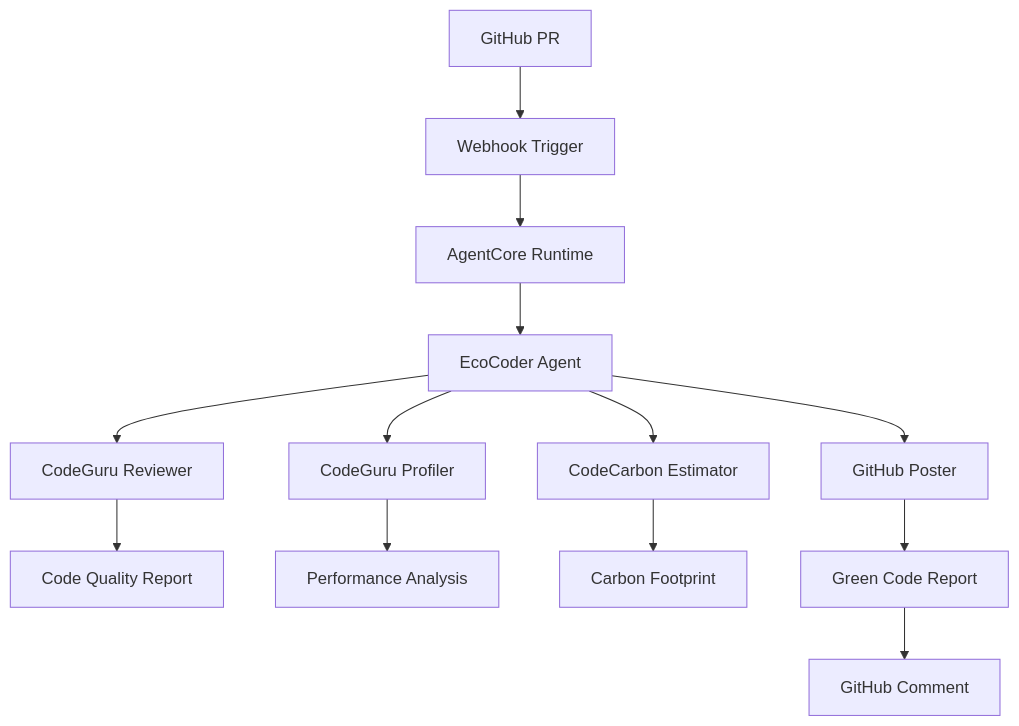
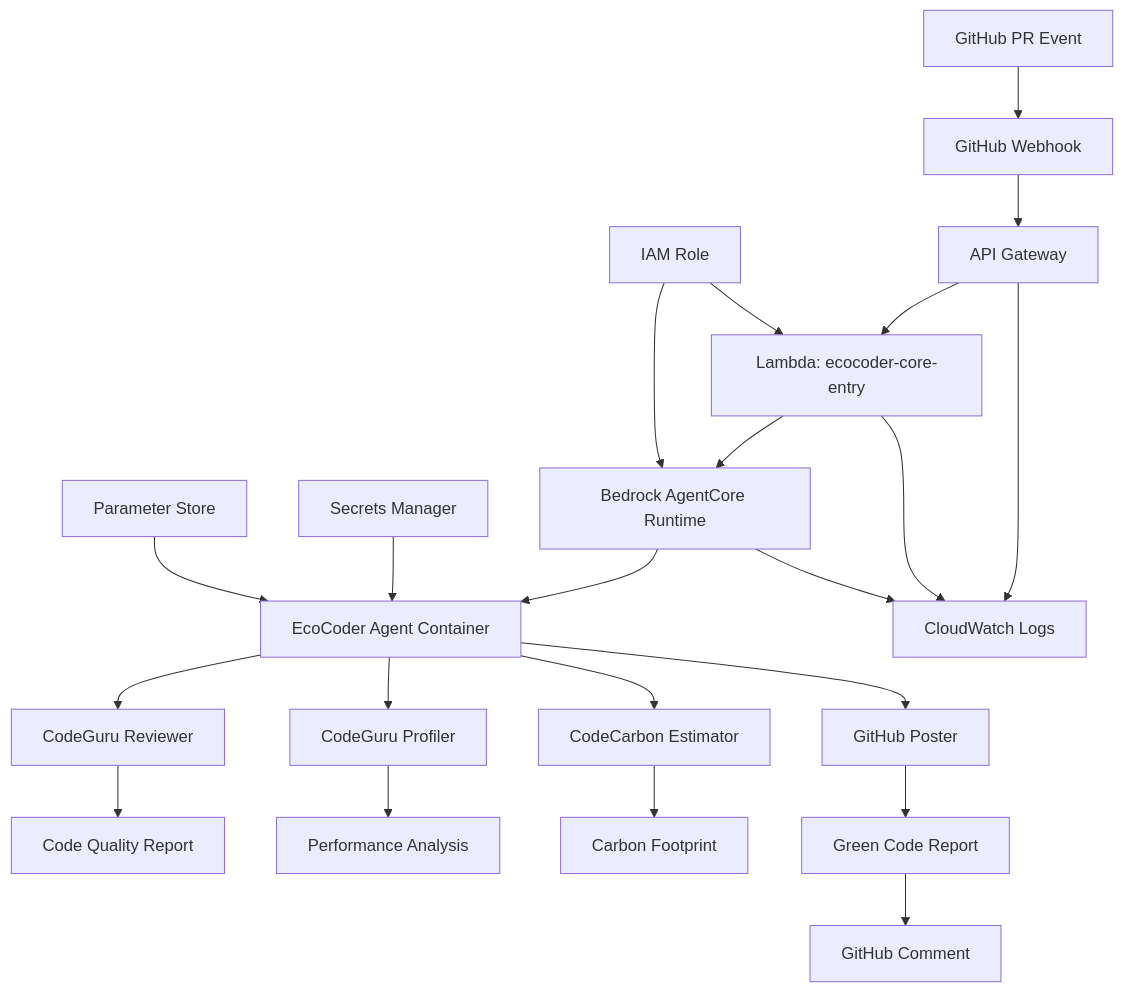
One commit to mohdalikm/EcoCoderAgentCore changed the diagram in README.md. Above: the diagram before and after it, drawn with Mermaid. The commit also changed other lines of this file and 18 other files, not shown here.

Commit message:
api gateway added to front the lamba for managing the Pull request webhook

````diff
--- a/README.md
+++ b/README.md
@@ -24,18 +26,30 @@
 ```mermaid
 graph TB
-    A[GitHub PR] --> B[Webhook Trigger]
-    B --> C[AgentCore Runtime]
-    C --> D[EcoCoder Agent]
+    A[GitHub PR Event] --> B[GitHub Webhook]
+    B --> C[API Gateway]
+    C --> D[Lambda: ecocoder-core-entry]
+    D --> E[Bedrock AgentCore Runtime]
+    E --> F[EcoCoder Agent Container]
     
-    D --> E[CodeGuru Reviewer]
-    D --> F[CodeGuru Profiler]
-    D --> G[CodeCarbon Estimator]
-    D --> H[GitHub Poster]
+    F --> G[CodeGuru Reviewer]
+    F --> H[CodeGuru Profiler]
+    F --> I[CodeCarbon Estimator]
+    F --> J[GitHub Poster]
     
-    E --> I[Code Quality Report]
-    F --> J[Performance Analysis]
-    G --> K[Carbon Footprint]
-    H --> L[Green Code Report]
+    G --> K[Code Quality Report]
+    H --> L[Performance Analysis]
+    I --> M[Carbon Footprint]
+    J --> N[Green Code Report]
     
-    L --> M[GitHub Comment]
+    N --> O[GitHub Comment]
+    
+    C --> P[CloudWatch Logs]
+    D --> P
+    E --> P
+    
+    Q[IAM Role] --> D
+    Q --> E
+    
+    R[Secrets Manager] --> F
+    S[Parameter Store] --> F
 ```
````
